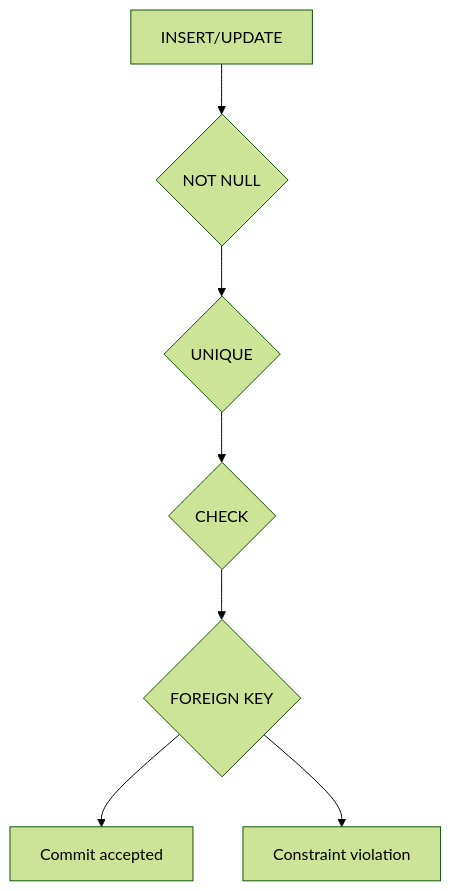
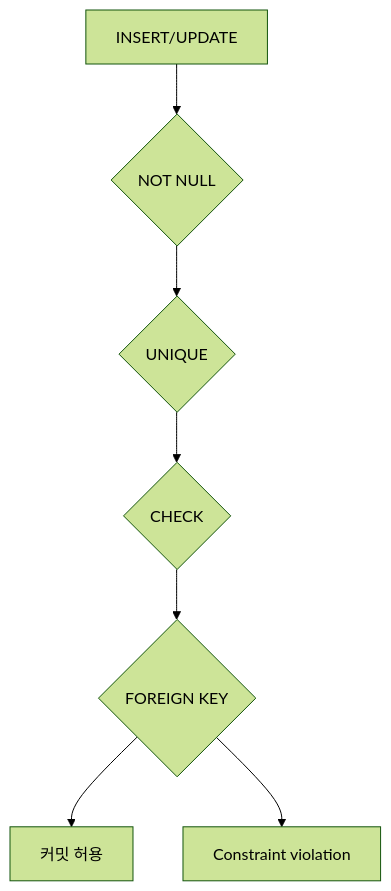
Before and after one commit to mandoobox/mandoobox.github.io: diagram 13 of 54 in _posts/cs-note/2026-02-27-database.md, drawn with Mermaid (forest theme). The commit also changed other lines of this file and 18 other files, not shown here.

````diff
--- a/_posts/cs-note/2026-02-27-database.md
+++ b/_posts/cs-note/2026-02-27-database.md
@@ -401,9 +399,9 @@
 ```mermaid
 flowchart TD
   INS["INSERT/UPDATE"] --> NN{NOT NULL}
   NN --> UQ{UNIQUE}
   UQ --> CK{CHECK}
   CK --> FK{FOREIGN KEY}
-  FK --> OK[Commit accepted]
+  FK --> OK[커밋 허용]
   FK --> ERR[Constraint violation]
 ```
````
